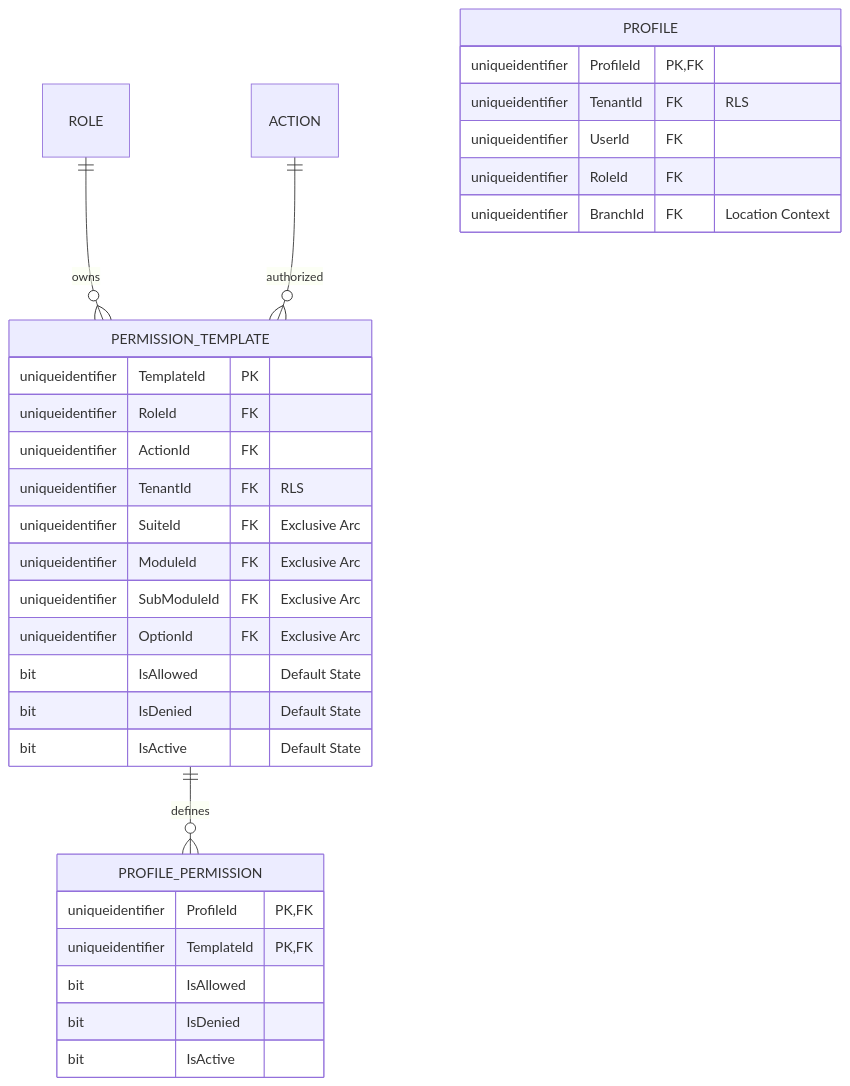
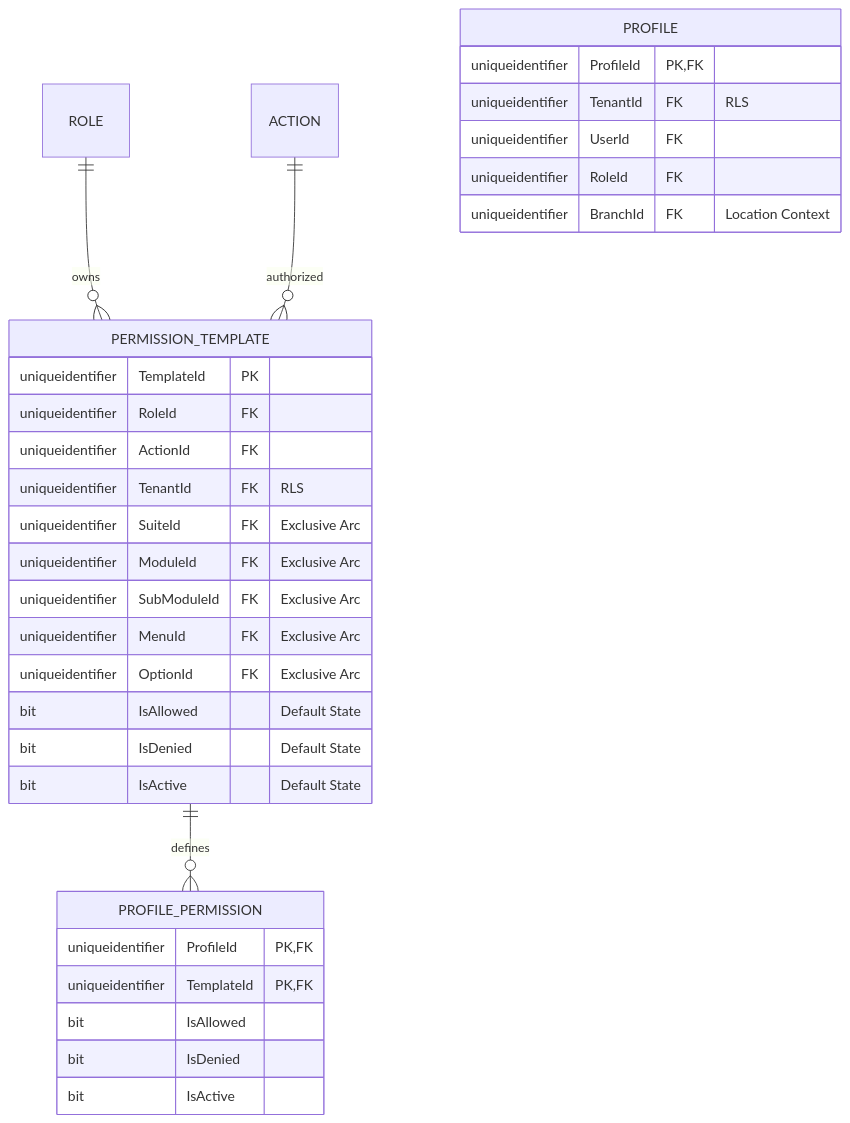
Before and after one commit to beyondnetcode/ums: the second of 4 diagrams in docs/architecture/blueprints/database-design-er.md, drawn with Mermaid. The commit also changed other lines of this file and 1 other file, not shown here.

Commit message:
docs: add FUNCTIONAL_MENU table and expand authorization hierarchy to 6 levels

````diff
--- a/docs/architecture/blueprints/database-design-er.md
+++ b/docs/architecture/blueprints/database-design-er.md
@@ -68,36 +70,37 @@
 ```mermaid
 erDiagram
     ROLE ||--o{ PERMISSION_TEMPLATE : "owns"
     PERMISSION_TEMPLATE ||--o{ PROFILE_PERMISSION : "defines"
     ACTION ||--o{ PERMISSION_TEMPLATE : "authorized"
     
     PERMISSION_TEMPLATE {
         uniqueidentifier TemplateId PK
         uniqueidentifier RoleId FK
         uniqueidentifier ActionId FK
         uniqueidentifier TenantId FK "RLS"
         uniqueidentifier SuiteId FK "Exclusive Arc"
         uniqueidentifier ModuleId FK "Exclusive Arc"
         uniqueidentifier SubModuleId FK "Exclusive Arc"
+        uniqueidentifier MenuId FK "Exclusive Arc"
         uniqueidentifier OptionId FK "Exclusive Arc"
         bit IsAllowed "Default State"
         bit IsDenied "Default State"
         bit IsActive "Default State"
     }
     
     PROFILE {
         uniqueidentifier ProfileId PK, FK
         uniqueidentifier TenantId FK "RLS"
         uniqueidentifier UserId FK
         uniqueidentifier RoleId FK
         uniqueidentifier BranchId FK "Location Context"
     }
     
     PROFILE_PERMISSION {
         uniqueidentifier ProfileId PK, FK
         uniqueidentifier TemplateId PK, FK
         bit IsAllowed
         bit IsDenied
         bit IsActive
     }
 ```
````
